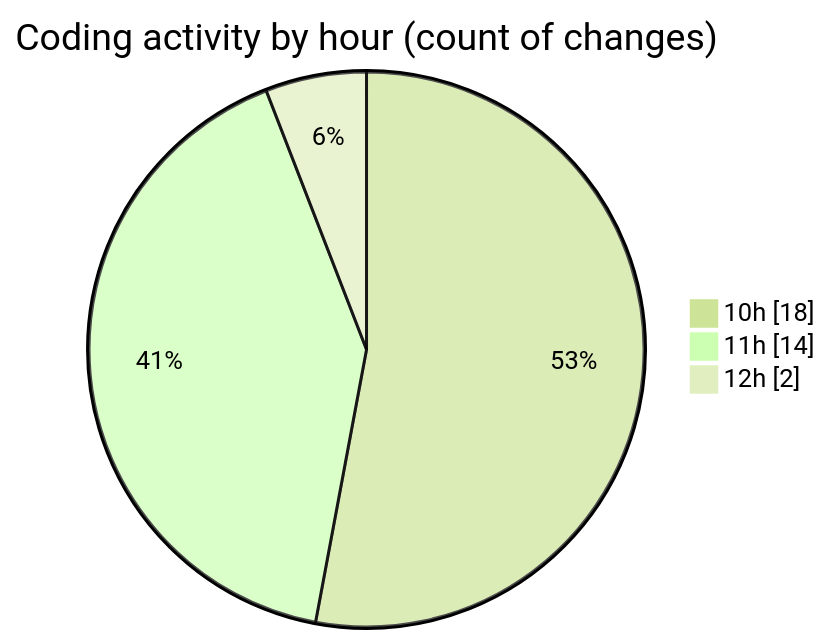
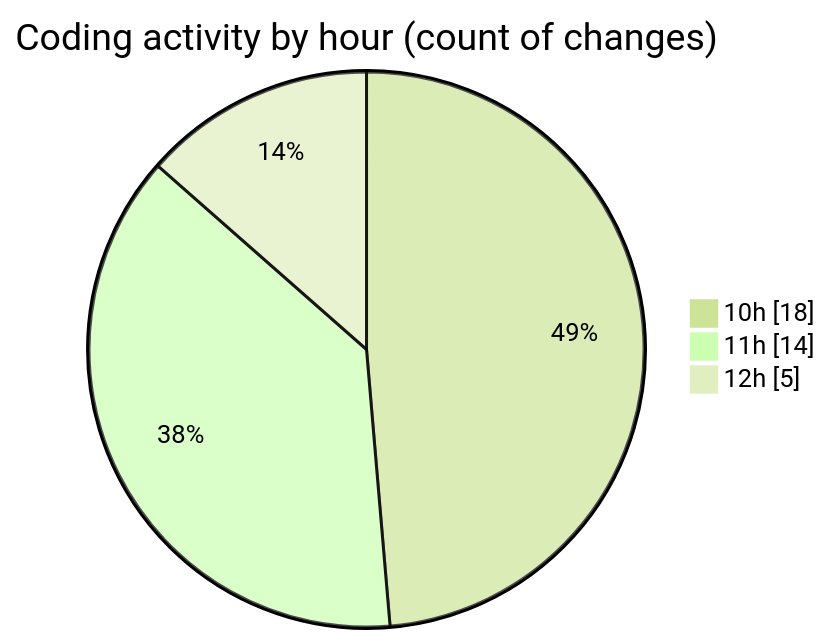
The second of 2 diagrams in 2026-05-22/cda/README.md (momahboobian/code-tracking), drawn with Mermaid (forest theme) before and after one commit. The commit also changed other lines of this file and 1 other file, not shown here.

````diff
--- a/2026-05-22/cda/README.md
+++ b/2026-05-22/cda/README.md
@@ -41,7 +43,7 @@
 ```mermaid
 pie showData
 title Coding activity by hour (count of changes)
 "10h" : 18
 "11h" : 14
-"12h" : 2
+"12h" : 5
 ```
````
